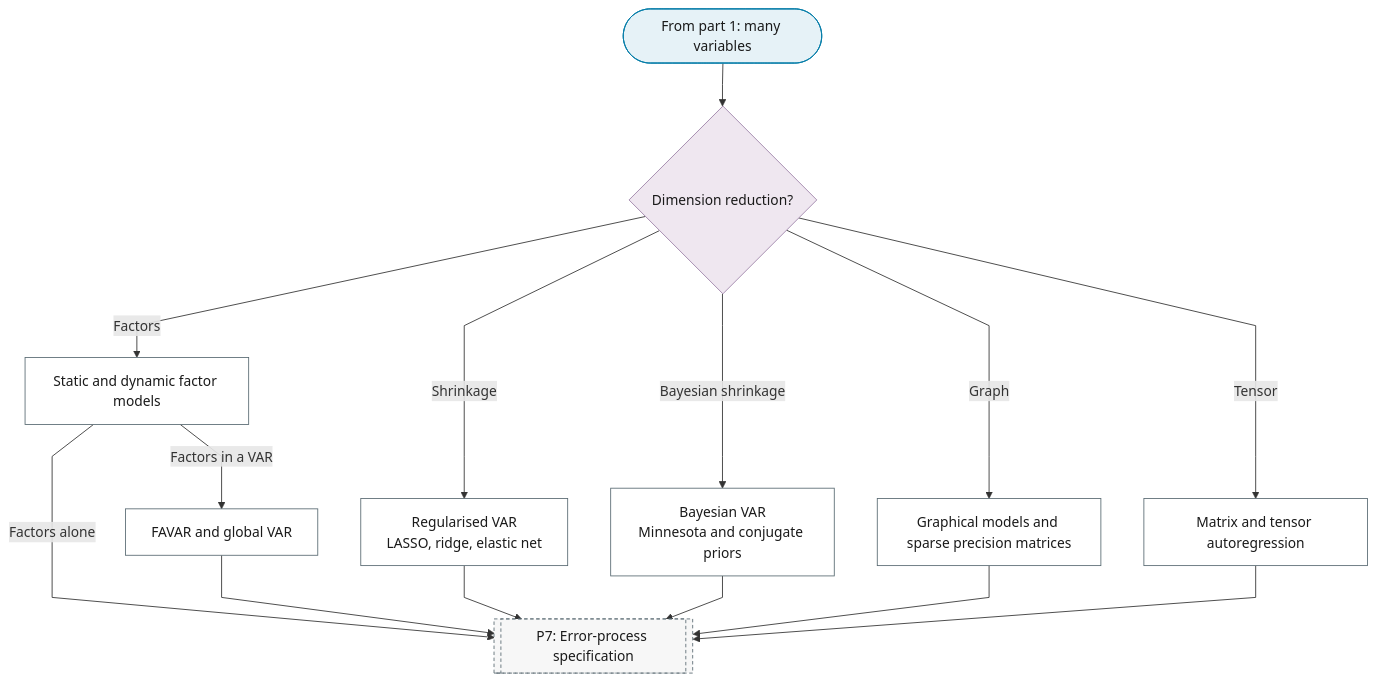
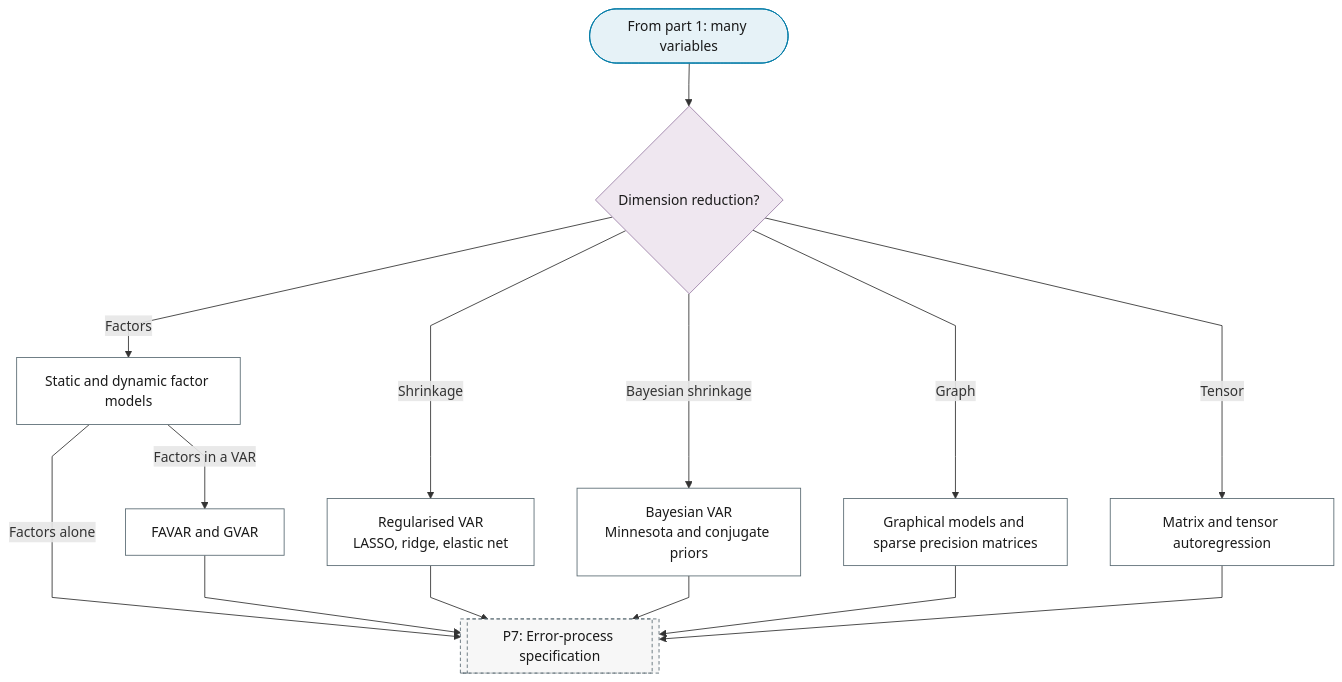
The third of 10 diagrams in docs/01-workflow/p06-mean-model-class.md (Shuxin-Y/time-series-analysis-manual), drawn with Mermaid before and after one commit. The commit also changed 6 other files, not shown here.

````diff
--- a/docs/01-workflow/p06-mean-model-class.md
+++ b/docs/01-workflow/p06-mean-model-class.md
@@ -70,25 +70,25 @@
 ```mermaid
 %%{init: {"flowchart": {"curve": "linear"}}}%%
 graph TD
     P6_PART_3_IN(["From part 1: many variables"]) --> P6_DIMENSION{"Dimension reduction?"}
     P6_DIMENSION -->|"Factors"| P6_FACTOR_MODELS["Static and dynamic factor models"]
     P6_DIMENSION -->|"Shrinkage"| P6_REGULARISED_VAR["Regularised VAR<br/>LASSO, ridge, elastic net"]
     P6_DIMENSION -->|"Bayesian shrinkage"| P6_BVAR["Bayesian VAR<br/>Minnesota and conjugate priors"]
     P6_DIMENSION -->|"Graph"| P6_GRAPHICAL_MODELS["Graphical models and sparse precision matrices"]
     P6_DIMENSION -->|"Tensor"| P6_TENSOR_AR["Matrix and tensor autoregression"]
-    P6_FACTOR_MODELS -->|"Factors in a VAR"| P6_FAVAR["FAVAR and global VAR"]
+    P6_FACTOR_MODELS -->|"Factors in a VAR"| P6_FAVAR["FAVAR and GVAR"]
     P6_FACTOR_MODELS -->|"Factors alone"| P7
     P6_FAVAR & P6_REGULARISED_VAR & P6_BVAR & P6_GRAPHICAL_MODELS & P6_TENSOR_AR --> P7[["P7: Error-process specification"]]
     class P6_PART_3_IN terminator
     class P6_DIMENSION decision
     class P6_FACTOR_MODELS,P6_REGULARISED_VAR,P6_BVAR,P6_GRAPHICAL_MODELS,P6_TENSOR_AR,P6_FAVAR process
     class P7 ref
     classDef terminator fill:#E6F2F7,stroke:#007BA7,color:#1A1A1A;
     classDef process fill:#FFFFFF,stroke:#5A6B73,color:#1A1A1A;
     classDef decision fill:#EFE7F0,stroke:#9B7FA7,color:#1A1A1A;
     classDef data fill:#FFF4E0,stroke:#C9A55E,color:#1A1A1A;
     classDef good fill:#DCEFD8,stroke:#4A7A3F,color:#1A1A1A;
     classDef escalate fill:#FFE9C2,stroke:#C9A55E,color:#1A1A1A;
     classDef problem fill:#F2D9DE,stroke:#800020,color:#1A1A1A;
     classDef ref fill:#F7F7F7,stroke:#5A6B73,color:#1A1A1A,stroke-dasharray:4 3;
 ```
````
